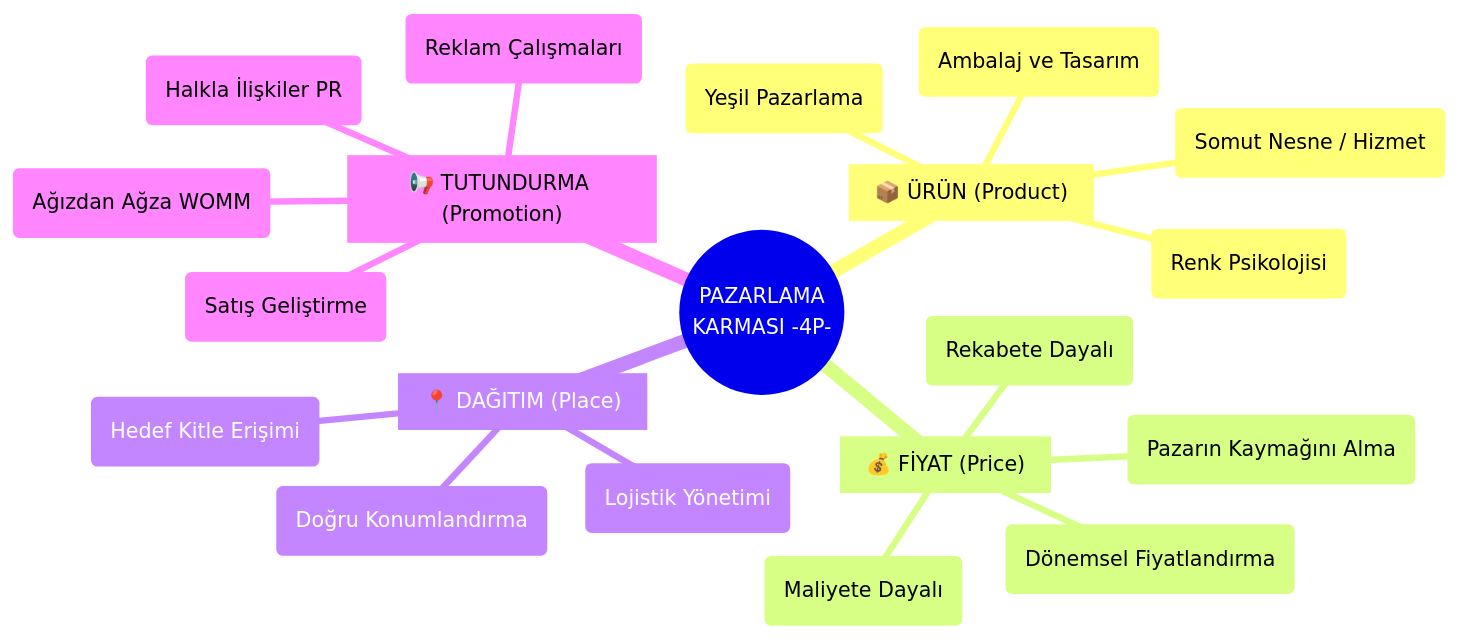
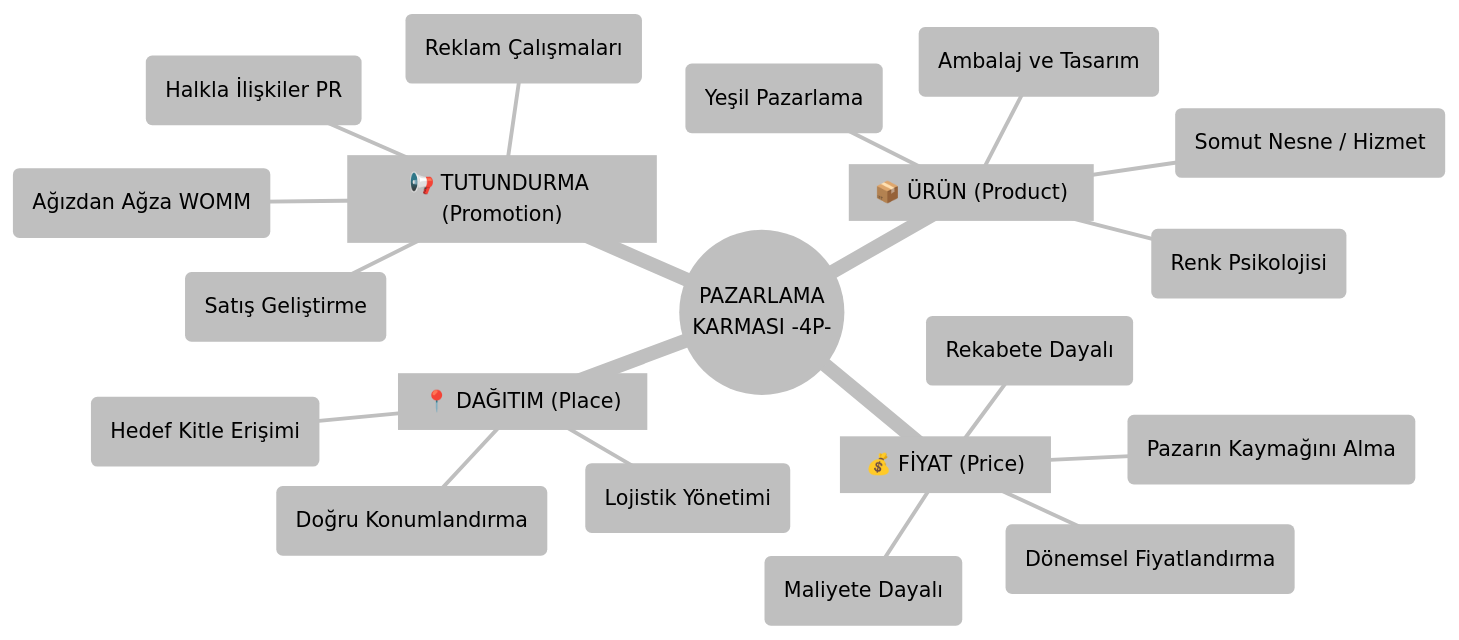
One commit to meto-data/noetic-logos changed the diagram in content/1-ders-notlari/2-sinif/2-2-bahar/dijital-pazarlama/Teorik Notlar/dijital-pazarlama-1.md. Above: the diagram before and after it, drawn with Mermaid. The commit also changed other lines of this file and 3 other files, not shown here.

````diff
--- a/content/1-ders-notlari/2-sinif/2-2-bahar/dijital-pazarlama/Teorik Notlar/dijital-pazarlama-1.md
+++ b/content/1-ders-notlari/2-sinif/2-2-bahar/dijital-pazarlama/Teorik Notlar/dijital-pazarlama-1.md
@@ -37,23 +37,24 @@
 ```mermaid
+%%{init: { 'theme': 'base', 'themeVariables': { 'primaryColor': '#ffffff', 'primaryTextColor': '#000000', 'primaryBorderColor': '#000000', 'lineColor': '#000000', 'secondaryColor': '#ffffff', 'tertiaryColor': '#ffffff', 'nodeTextColor': '#000000' } } }%%
 mindmap
-  root((PAZARLAMA<br/>KARMASI -4P-))
+root((PAZARLAMA<br/>KARMASI -4P-))
     P1["📦 ÜRÜN (Product)"]
       id11(Somut Nesne / Hizmet)
       id12(Ambalaj ve Tasarım)
       id13(Renk Psikolojisi)
       id14(Yeşil Pazarlama)
     P2["💰 FİYAT (Price)"]
       id21(Maliyete Dayalı)
       id22(Rekabete Dayalı)
       id23(Dönemsel Fiyatlandırma)
       id24(Pazarın Kaymağını Alma)
     P3["📍 DAĞITIM (Place)"]
       id31(Lojistik Yönetimi)
       id32(Doğru Konumlandırma)
       id33(Hedef Kitle Erişimi)
     P4["📢 TUTUNDURMA (Promotion)"]
       id41(Reklam Çalışmaları)
       id42(Halkla İlişkiler PR)
       id43(Satış Geliştirme)
       id44(Ağızdan Ağza WOMM)
 ```
````
